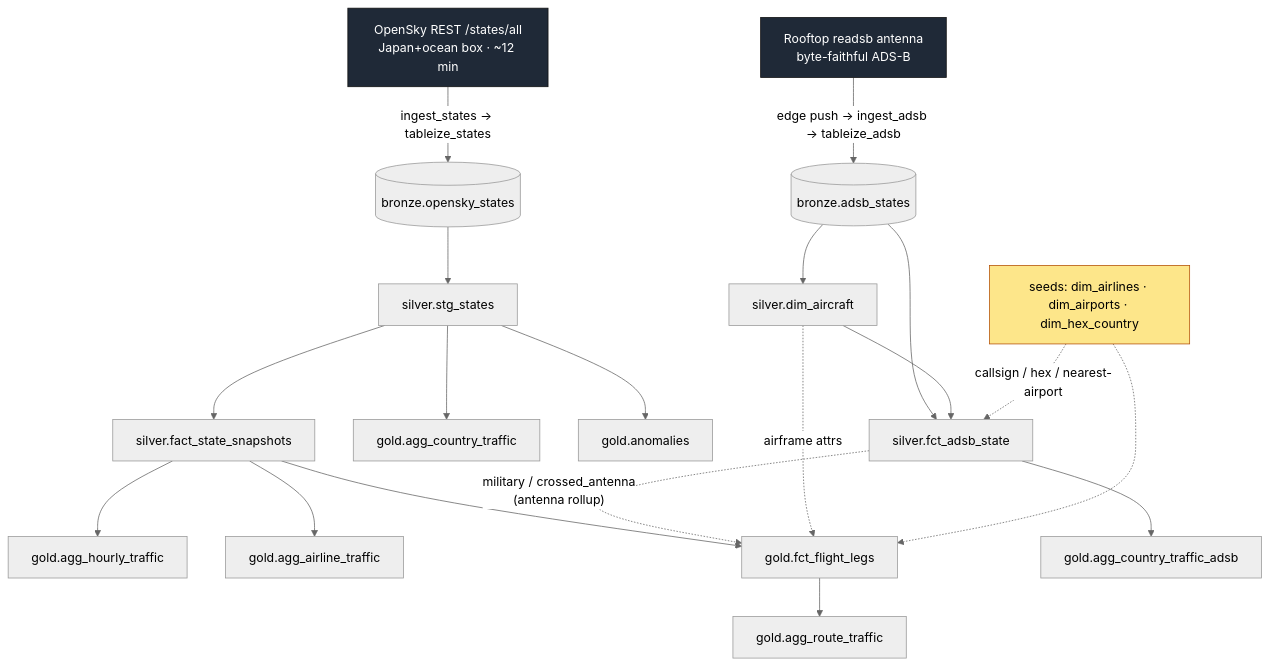
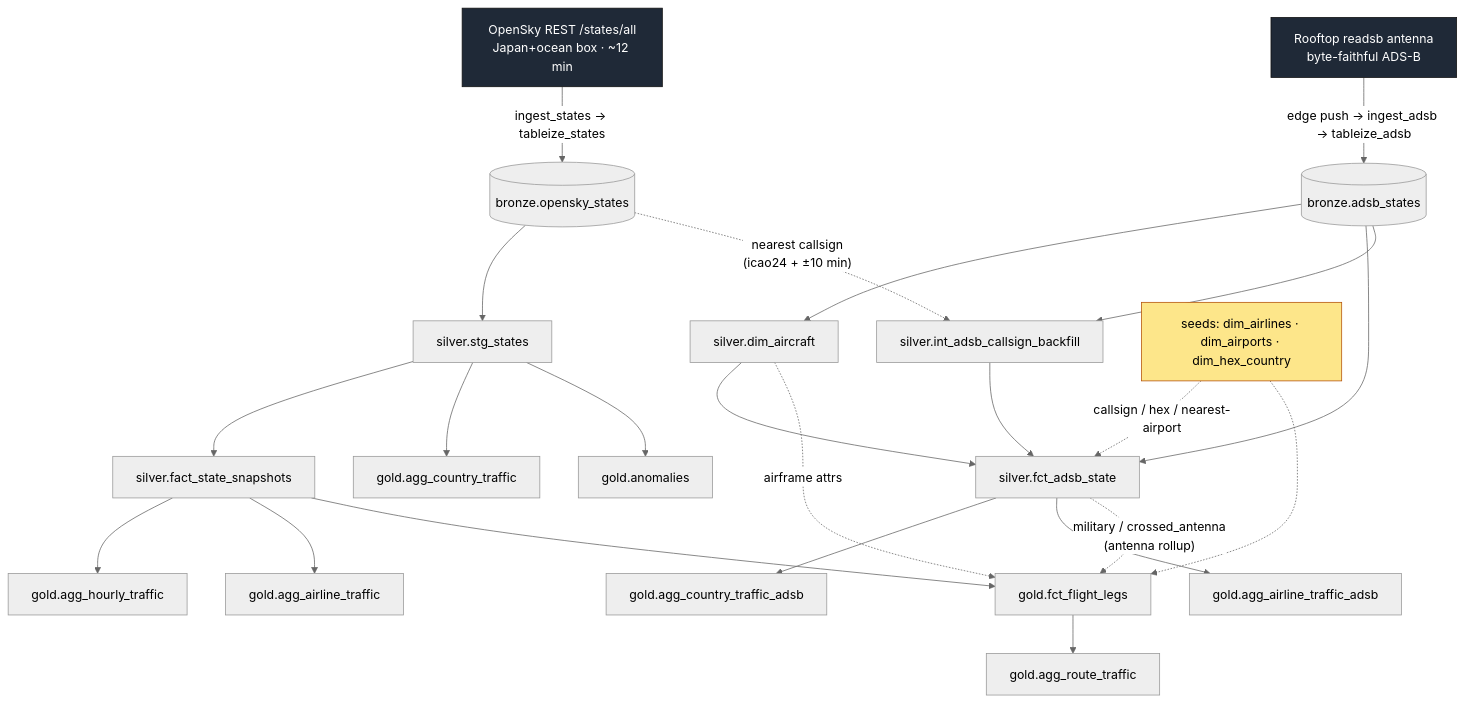
The first of 2 diagrams in docs/datalake.md (LaughingKuma/sancha1090), drawn with Mermaid (neutral theme) before and after one commit. The commit also changed other lines of this file and 11 other files, not shown here.

First line of the commit message:
v5.12: ADS-B callsign backfill from OpenSky + rooftop airline mart

````diff
--- a/docs/datalake.md
+++ b/docs/datalake.md
@@ -35,36 +36,40 @@
 ```mermaid
 flowchart TD
     OSK["OpenSky REST /states/all<br/>Japan+ocean box · ~12 min"]:::feed
     ANT["Rooftop readsb antenna<br/>byte-faithful ADS-B"]:::feed
 
     OSK -->|"ingest_states → tableize_states"| BOS[("bronze.opensky_states")]
     ANT -->|"edge push → ingest_adsb → tableize_adsb"| BAS[("bronze.adsb_states")]
 
     %% ---- OpenSky context track: transform_marts (--exclude tag:adsb tag:flights) ----
     BOS --> STG["silver.stg_states"]
     STG --> FSS["silver.fact_state_snapshots"]
     STG --> ACT["gold.agg_country_traffic"]
     STG --> ANO["gold.anomalies"]
     FSS --> AHT["gold.agg_hourly_traffic"]
     FSS --> AAT["gold.agg_airline_traffic"]
     FSS --> FFL["gold.fct_flight_legs"]
     FFL --> ART["gold.agg_route_traffic"]
 
     %% ---- rooftop track: transform_adsb_silver (--select tag:adsb) ----
     BAS --> DAC["silver.dim_aircraft"]
     BAS --> FAS["silver.fct_adsb_state"]
+    BAS --> CBF["silver.int_adsb_callsign_backfill"]
     DAC --> FAS
+    CBF --> FAS
     FAS --> ACTA["gold.agg_country_traffic_adsb"]
+    FAS --> AATA["gold.agg_airline_traffic_adsb"]
 
     %% ---- cross-feed fusion ----
     FAS -. "military / crossed_antenna<br/>(antenna rollup)" .-> FFL
     DAC -. "airframe attrs" .-> FFL
+    BOS -. "nearest callsign<br/>(icao24 + ±10 min)" .-> CBF
 
     %% ---- conformed dim seeds (rooftop DAG seeds them) ----
     SEED["seeds: dim_airlines · dim_airports · dim_hex_country"]:::seed
     SEED -. "callsign / hex / nearest-airport" .-> FAS
     SEED -.-> FFL
 
     classDef feed fill:#1f2937,color:#fff,stroke:#111;
     classDef seed fill:#fde68a,color:#000,stroke:#b45309;
 ```
````
